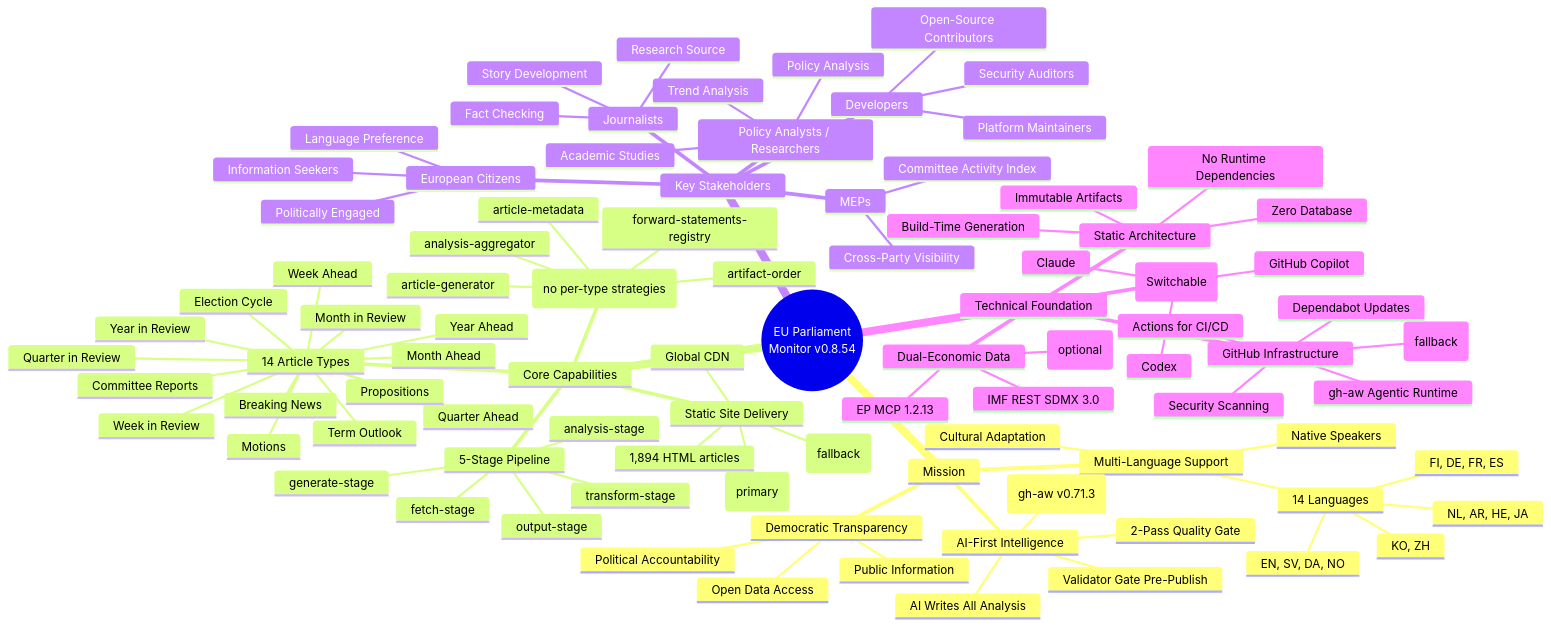
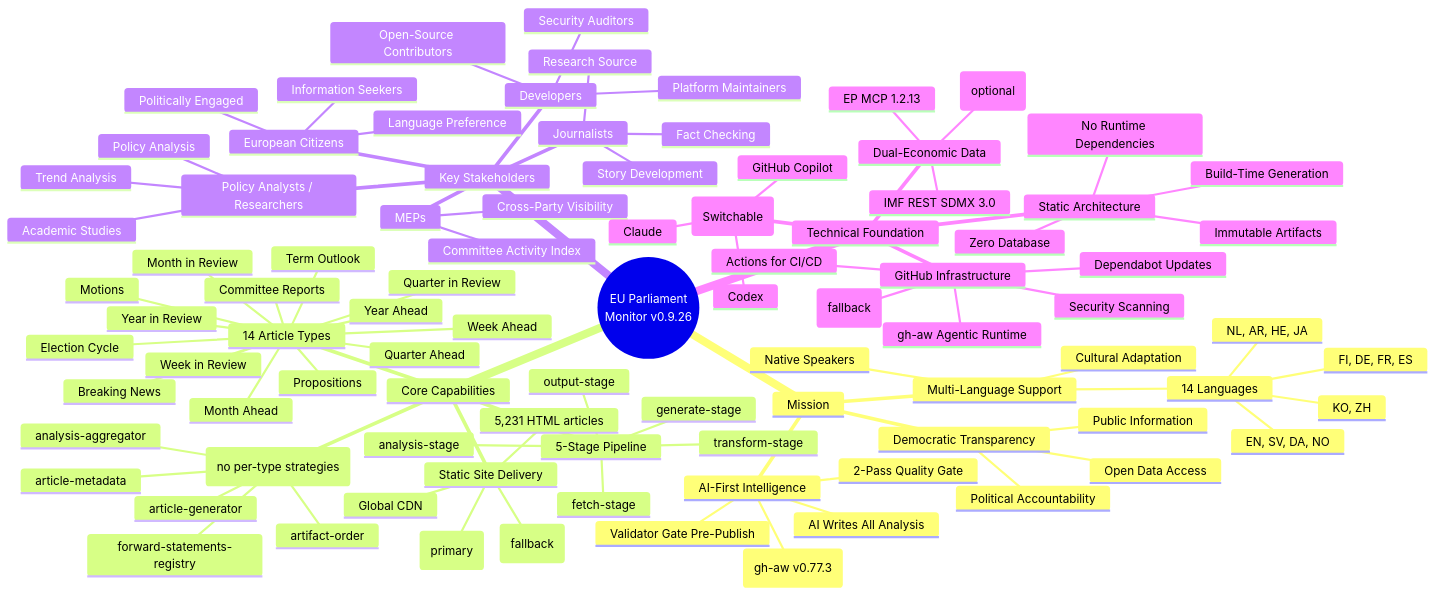
One commit to Hack23/euparliamentmonitor changed the first of 17 diagrams in MINDMAP.md. Above: the diagram before and after it, drawn with Mermaid. The commit also changed other lines of this file and 5 other files, not shown here.

````diff
--- a/MINDMAP.md
+++ b/MINDMAP.md
@@ -113,6 +113,6 @@
 ```mermaid
 mindmap
-  root((EU Parliament<br/>Monitor v0.8.54))
+  root((EU Parliament<br/>Monitor v0.9.26))
     Mission
       Democratic Transparency
         Public Information
@@ -128,7 +128,7 @@
         Cultural Adaptation
       AI-First Intelligence
         2-Pass Quality Gate
-        Agentic Workflows (gh-aw v0.71.3)
+        Agentic Workflows (gh-aw v0.77.3)
         AI Writes All Analysis
         Validator Gate Pre-Publish
 
@@ -164,7 +164,7 @@
         AWS S3 + CloudFront (primary)
         GitHub Pages (fallback)
         Global CDN
-        1,894 HTML articles
+        5,231 HTML articles
 
     Key Stakeholders
       European Citizens
````
